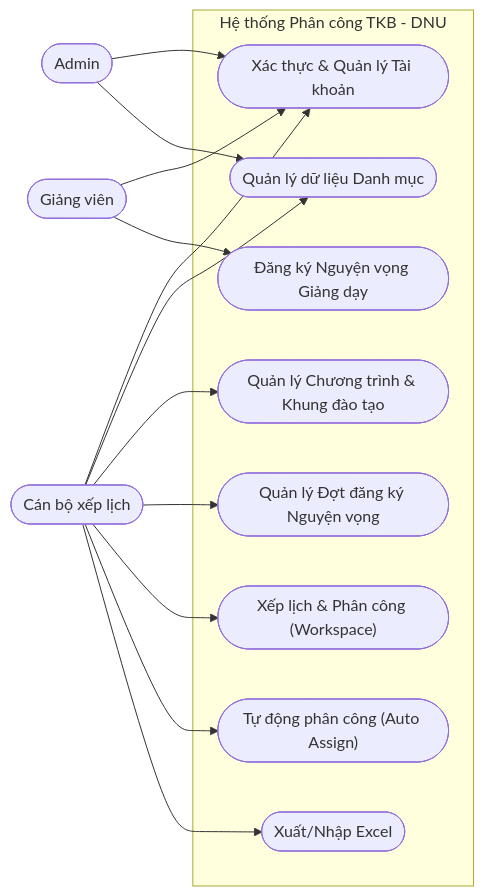
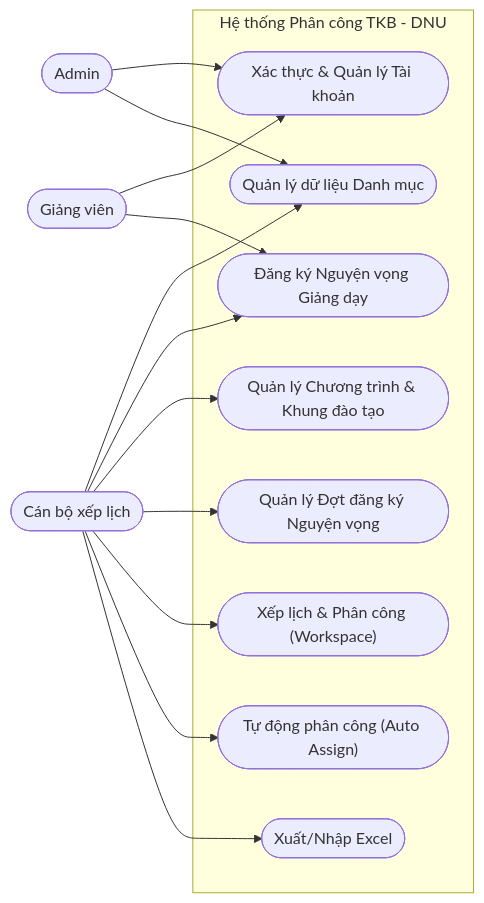
The second of 13 diagrams in docs/Báo cáo đồ án, nghiên cứu khoa học/chương_3_v2.md (khuong-d4ng/PROJECT_1_SCHEDULE_BACKUP), drawn with Mermaid before and after one commit. The commit also changed other lines of this file and 32 other files, not shown here.

````diff
--- a/docs/Báo cáo đồ án, nghiên cứu khoa học/chương_3_v2.md
+++ b/docs/Báo cáo đồ án, nghiên cứu khoa học/chương_3_v2.md
@@ -30,25 +30,25 @@
 ```mermaid
 ---
 config:
   layout: fixed
 ---
 flowchart LR
     admin(["Admin"])
     scheduler(["Cán bộ xếp lịch"])
     lecturer(["Giảng viên"])
 
     subgraph "Hệ thống Phân công TKB - DNU"
         UC_Auth(["Xác thực & Quản lý Tài khoản"])
         UC_MasterData(["Quản lý dữ liệu Danh mục"])
         UC_Curriculum(["Quản lý Chương trình & Khung đào tạo"])
         UC_RegList(["Quản lý Đợt đăng ký Nguyện vọng"])
         UC_Register(["Đăng ký Nguyện vọng Giảng dạy"])
         UC_Schedule(["Xếp lịch & Phân công (Workspace)"])
         UC_AutoAssign(["Tự động phân công (Auto Assign)"])
         UC_Excel(["Xuất/Nhập Excel"])
     end
 
     admin --> UC_Auth & UC_MasterData
-    scheduler --> UC_Auth & UC_MasterData & UC_Curriculum & UC_RegList & UC_Schedule & UC_AutoAssign & UC_Excel
+    scheduler --> UC_MasterData & UC_Register & UC_Curriculum & UC_RegList & UC_Schedule & UC_AutoAssign & UC_Excel
     lecturer --> UC_Auth & UC_Register
 ```
````
